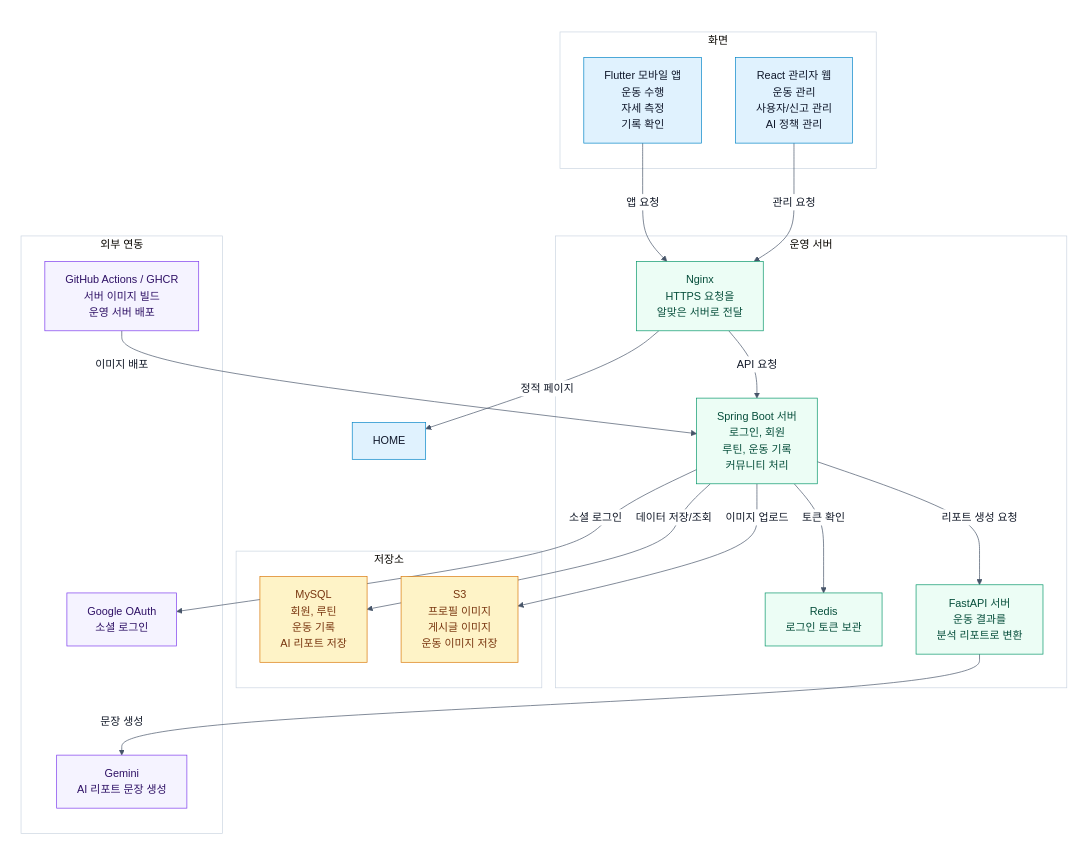
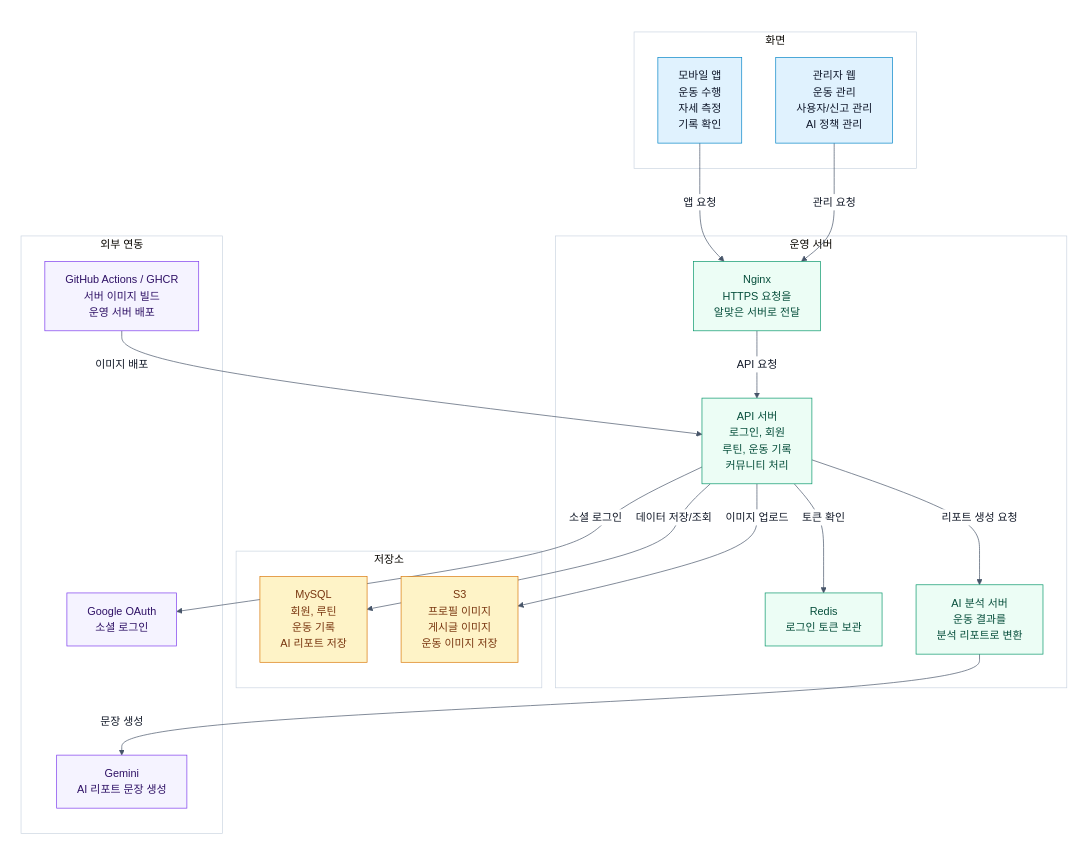
One commit to seen02/mAIpt changed the first of 2 diagrams in README.md. Above: the diagram before and after it, drawn with Mermaid. The commit also changed other lines of this file, not shown here.

````diff
--- a/README.md
+++ b/README.md
@@ -104,52 +104,51 @@
 ```mermaid
 %%{init: {"theme":"base","themeVariables":{"background":"#FFFFFF","mainBkg":"#FFFFFF","clusterBkg":"#FFFFFF","clusterBorder":"#CBD5E1","fontFamily":"Pretendard, Malgun Gothic, Inter, sans-serif","primaryTextColor":"#111827","lineColor":"#475569","edgeLabelBackground":"#FFFFFF"},"flowchart":{"curve":"basis","htmlLabels":true,"useMaxWidth":true}}}%%
 flowchart TB
   subgraph ROOT[" "]
     direction TB
 
     subgraph SCREEN["화면"]
-      APP["Flutter 모바일 앱<br/>운동 수행<br/>자세 측정<br/>기록 확인"]
-      ADMIN["React 관리자 웹<br/>운동 관리<br/>사용자/신고 관리<br/>AI 정책 관리"]
+      APP["모바일 앱<br/>운동 수행<br/>자세 측정<br/>기록 확인"]
+      ADMIN["관리자 웹<br/>운동 관리<br/>사용자/신고 관리<br/>AI 정책 관리"]
     end
 
     subgraph SERVER["운영 서버"]
       NGINX["Nginx<br/>HTTPS 요청을<br/>알맞은 서버로 전달"]
-      API["Spring Boot 서버<br/>로그인, 회원<br/>루틴, 운동 기록<br/>커뮤니티 처리"]
-      AI["FastAPI 서버<br/>운동 결과를<br/>분석 리포트로 변환"]
+      API["API 서버<br/>로그인, 회원<br/>루틴, 운동 기록<br/>커뮤니티 처리"]
+      AI["AI 분석 서버<br/>운동 결과를<br/>분석 리포트로 변환"]
       CACHE["Redis<br/>로그인 토큰 보관"]
     end
 
     subgraph STORAGE["저장소"]
       DB["MySQL<br/>회원, 루틴<br/>운동 기록<br/>AI 리포트 저장"]
       FILE["S3<br/>프로필 이미지<br/>게시글 이미지<br/>운동 이미지 저장"]
     end
 
     subgraph OUTSIDE["외부 연동"]
       GOOGLE["Google OAuth<br/>소셜 로그인"]
       GEMINI["Gemini<br/>AI 리포트 문장 생성"]
       DEPLOY["GitHub Actions / GHCR<br/>서버 이미지 빌드<br/>운영 서버 배포"]
     end
 
   APP -->|앱 요청| NGINX
   ADMIN -->|관리 요청| NGINX
   NGINX -->|API 요청| API
-  NGINX -->|정적 페이지| HOME
   API -->|데이터 저장/조회| DB
   API -->|이미지 업로드| FILE
   API -->|토큰 확인| CACHE
   API -->|소셜 로그인| GOOGLE
   API -->|리포트 생성 요청| AI
   AI -->|문장 생성| GEMINI
   DEPLOY -->|이미지 배포| API
   end
 
   classDef screen fill:#E0F2FE,stroke:#0284C7,color:#0F172A;
   classDef server fill:#ECFDF5,stroke:#059669,color:#064E3B;
   classDef storage fill:#FEF3C7,stroke:#D97706,color:#78350F;
   classDef outside fill:#F5F3FF,stroke:#7C3AED,color:#2E1065;
-  class APP,ADMIN,HOME screen;
+  class APP,ADMIN screen;
   class NGINX,API,AI,CACHE server;
   class DB,FILE storage;
   class GOOGLE,GEMINI,DEPLOY outside;
   style ROOT fill:#FFFFFF,stroke:#FFFFFF,color:#FFFFFF;
 ```
````
